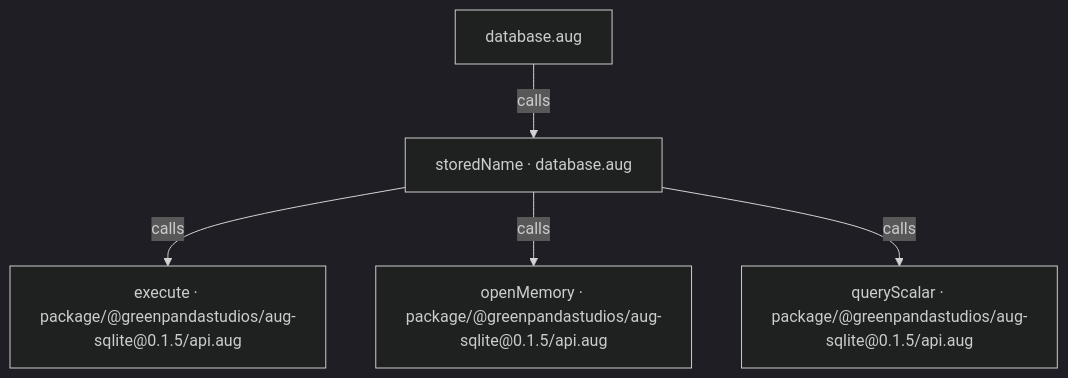
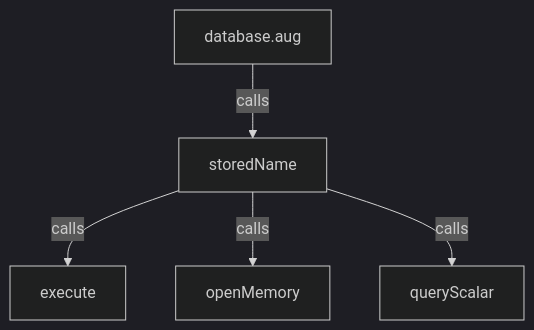
One commit to GreenPandaStudios/augscript changed the first of 2 diagrams in docs/examples/native-sqlite/database-diagrams.md. Above: the diagram before and after it, drawn with Mermaid (dark theme). The commit also changed other lines of this file and 524 other files, not shown here.

Commit message:
Explain checked data flow at folder and service levels

````diff
--- a/docs/examples/native-sqlite/database-diagrams.md
+++ b/docs/examples/native-sqlite/database-diagrams.md
@@ -23,12 +20,12 @@
 ```mermaid
 flowchart TD
-    n0["storedName · database.aug"]
+    n0["storedName"]
     n1["database.aug"]
-    n2["execute · package/@greenpandastudios/aug-sqlite@0.1.5/api.aug"]
-    n3["openMemory · package/@greenpandastudios/aug-sqlite@0.1.5/api.aug"]
-    n4["queryScalar · package/@greenpandastudios/aug-sqlite@0.1.5/api.aug"]
+    n2["execute"]
+    n3["openMemory"]
+    n4["queryScalar"]
     n0 -->|"calls"| n2
     n0 -->|"calls"| n3
     n0 -->|"calls"| n4
     n1 -->|"calls"| n0
 ```
````
